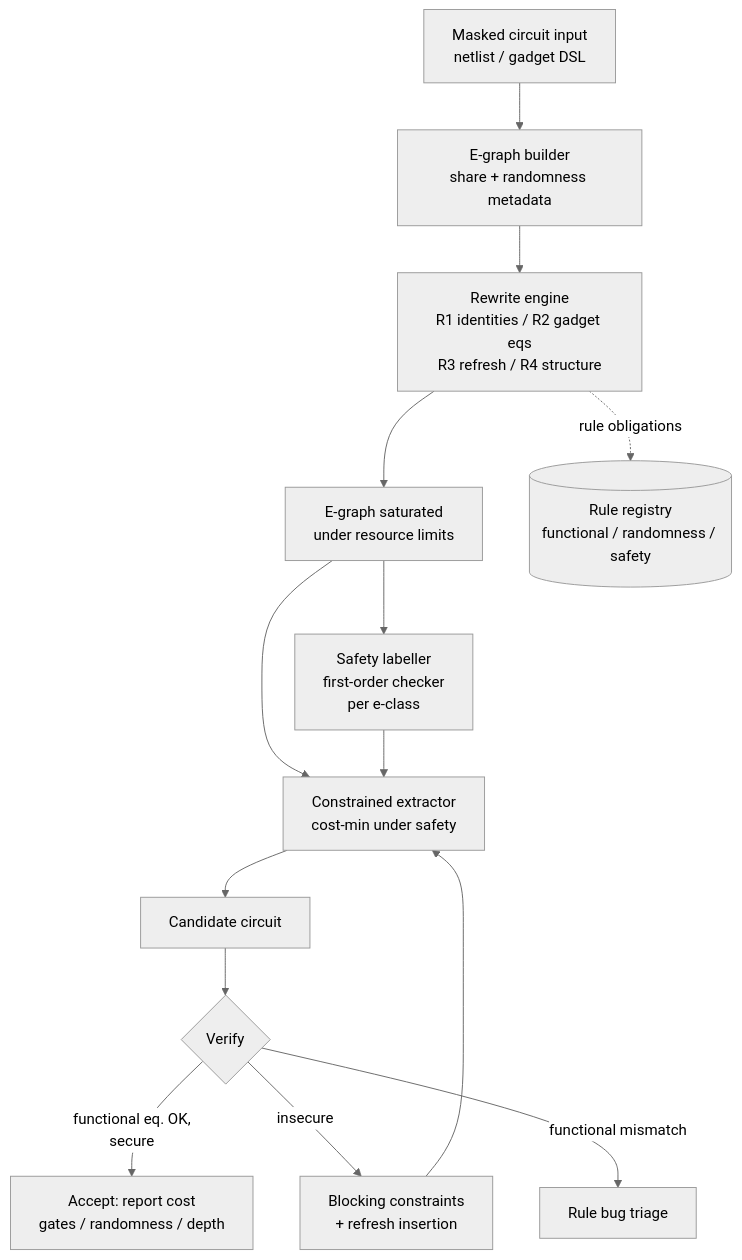
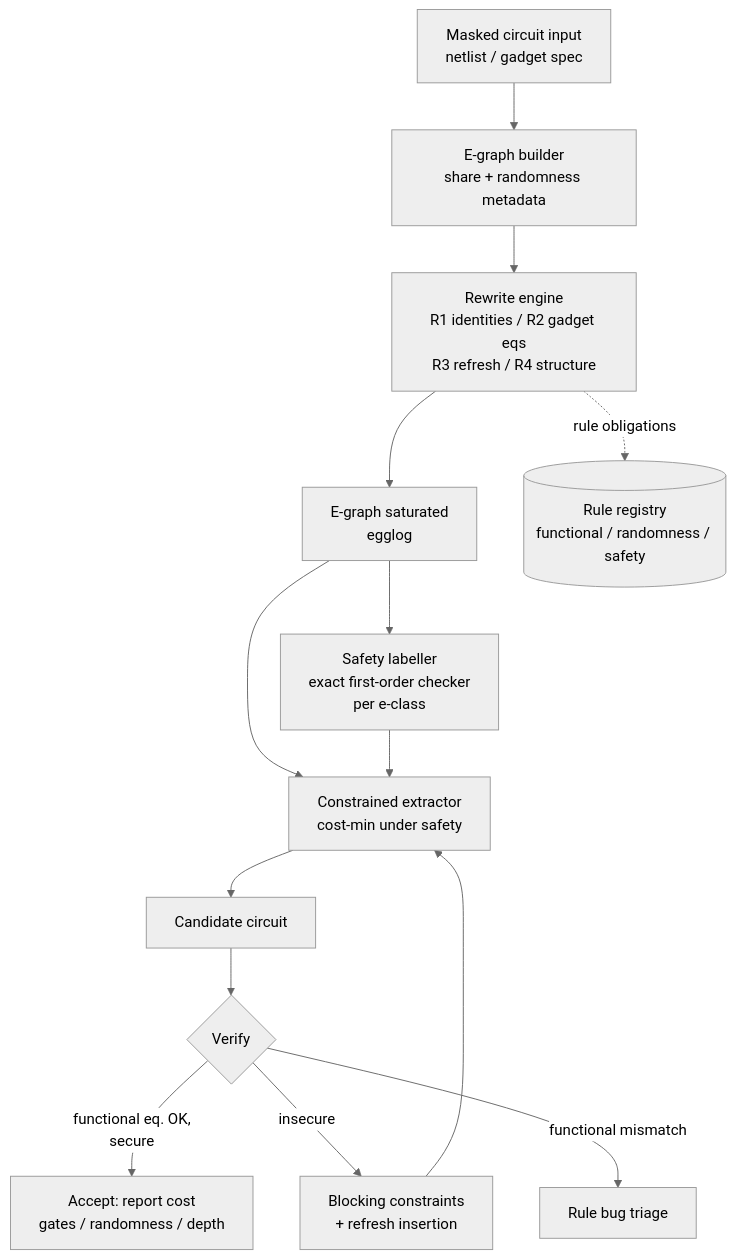
Before and after one commit to wizard-28/secureeqsat: the diagram in docs/probing-secure-eqsat-proposal.md, drawn with Mermaid (neutral theme). The commit also changed other lines of this file and 4 other files, not shown here.

````diff
--- a/docs/probing-secure-eqsat-proposal.md
+++ b/docs/probing-secure-eqsat-proposal.md
@@ -377,16 +688,16 @@
 ```mermaid
 flowchart TD
-    A[Masked circuit input<br/>netlist / gadget DSL] --> B[E-graph builder<br/>share + randomness metadata]
+    A[Masked circuit input<br/>netlist / gadget spec] --> B[E-graph builder<br/>share + randomness metadata]
     B --> C[Rewrite engine<br/>R1 identities / R2 gadget eqs<br/>R3 refresh / R4 structure]
-    C --> D[E-graph saturated<br/>under resource limits]
-    D --> E[Safety labeller<br/>first-order checker<br/>per e-class]
+    C --> D[E-graph saturated<br/>egglog]
+    D --> E[Safety labeller<br/>exact first-order checker<br/>per e-class]
     D --> F[Constrained extractor<br/>cost-min under safety]
     E --> F
     F --> G[Candidate circuit]
     G --> H{Verify}
     H -->|functional eq. OK,<br/>secure| I[Accept: report cost<br/>gates / randomness / depth]
     H -->|insecure| J[Blocking constraints<br/>+ refresh insertion]
     J --> F
     H -->|functional mismatch| K[Rule bug triage]
     C -.->|rule obligations| L[(Rule registry<br/>functional / randomness / safety)]
 ```
````
